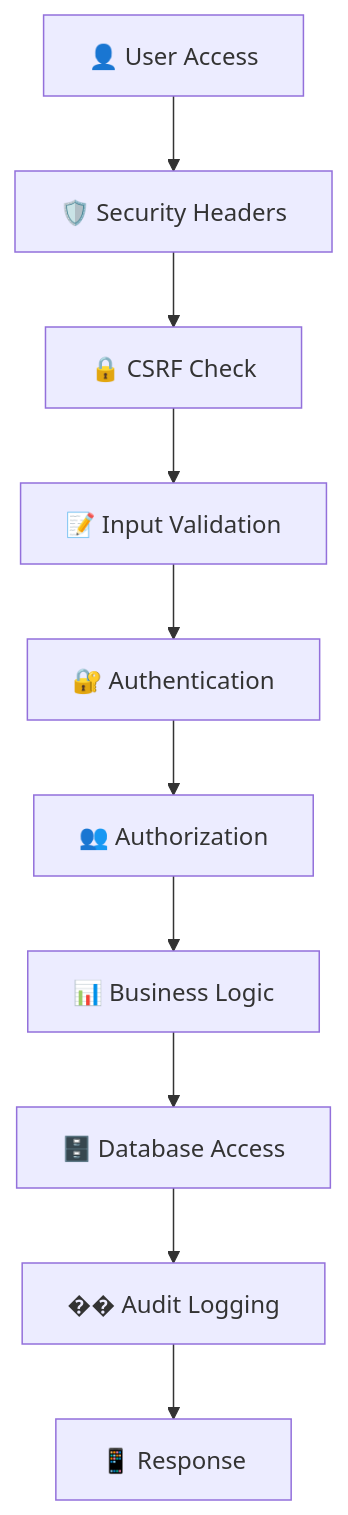
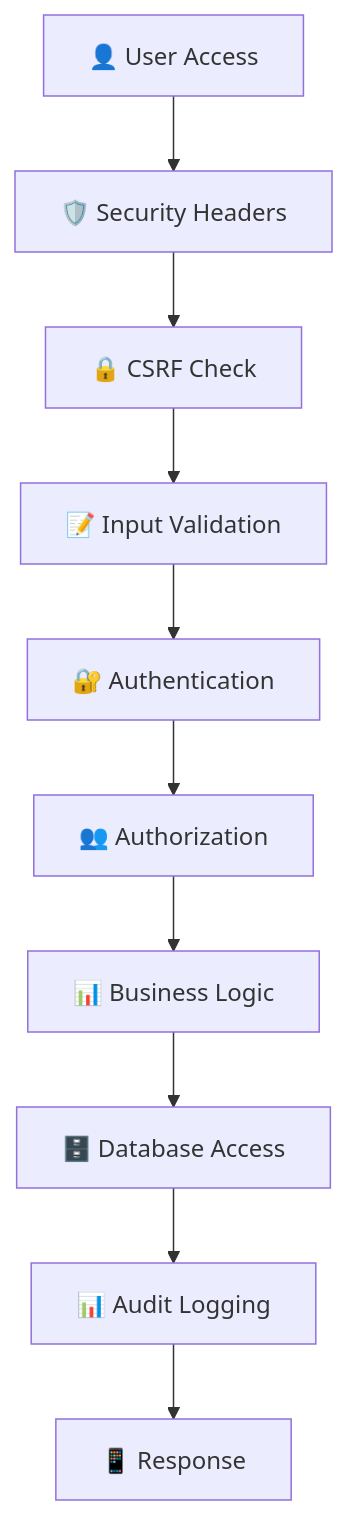
Before and after one commit to revanza-git/eproc-vms-pengadaan: the diagram in README.md, drawn with Mermaid. The commit also changed other lines of this file and 4738 other files, not shown here.

First line of the commit message:
System consolidation: Remove main folder and unify application architecture

````diff
--- a/README.md
+++ b/README.md
@@ -415,12 +422,12 @@
 ```mermaid
 graph TD
     A[👤 User Access] --> B[🛡️ Security Headers]
     B --> C[🔒 CSRF Check] 
     C --> D[📝 Input Validation]
     D --> E[🔐 Authentication]
     E --> F[👥 Authorization]
     F --> G[📊 Business Logic]
     G --> H[🗄️ Database Access]
-    H --> I[�� Audit Logging]
+    H --> I[📊 Audit Logging]
     I --> J[📱 Response]
 ```
````
